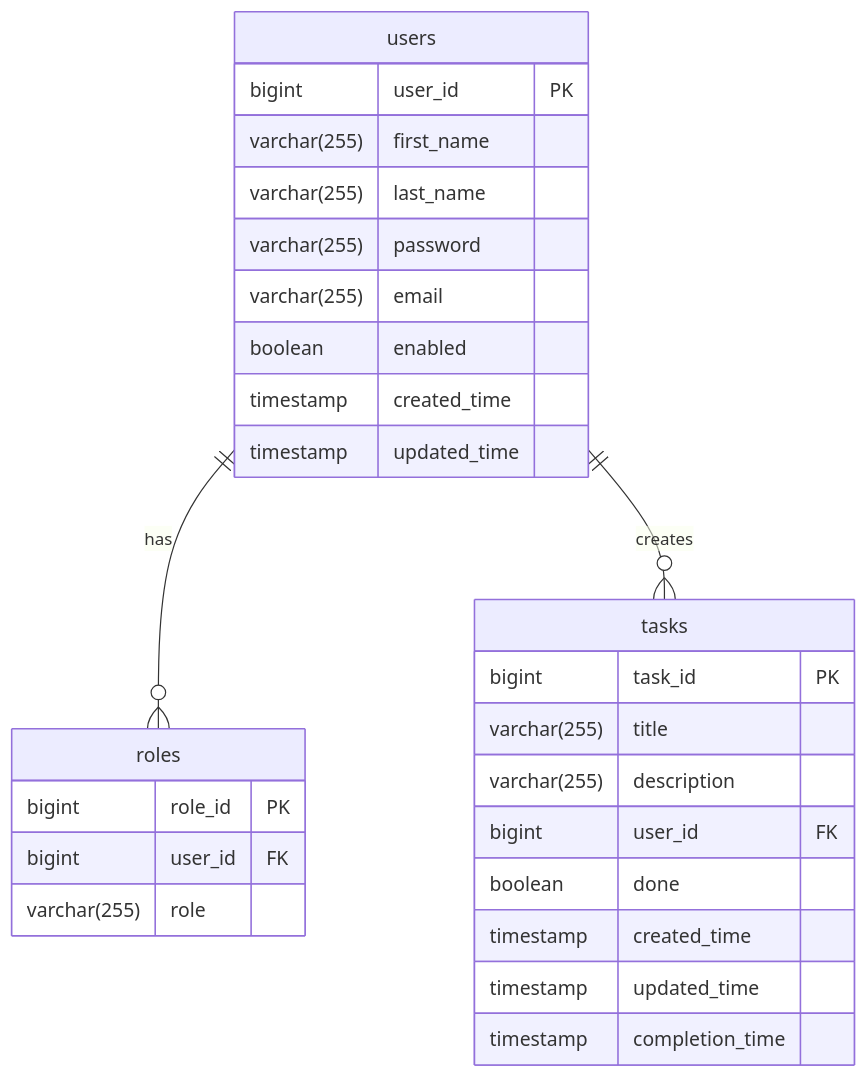
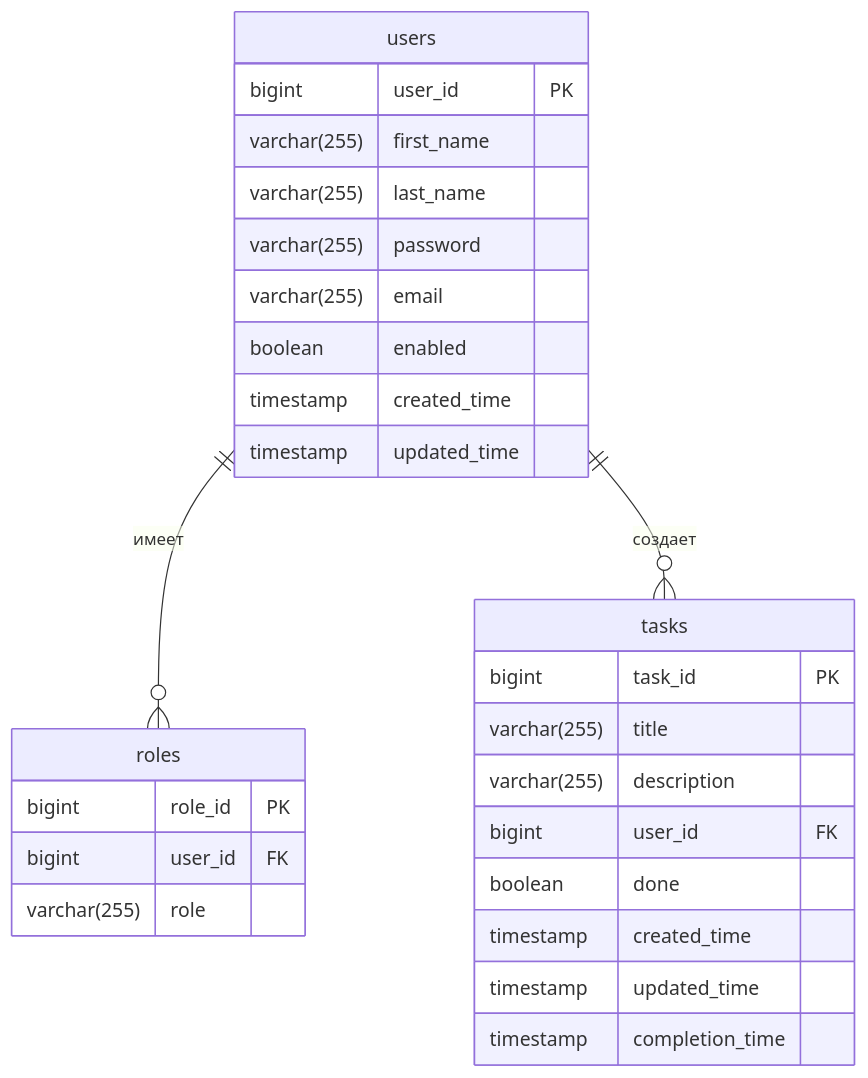
Before and after one commit to LoucterSo/multi-user-task-scheduler: the diagram in README_RU.md, drawn with Mermaid.

````diff
--- a/README_RU.md
+++ b/README_RU.md
@@ -41,33 +41,33 @@
 ```mermaid
 erDiagram
-    users ||--o{ roles : "has"
-    users ||--o{ tasks : "creates"
+    users ||--o{ roles : "имеет"
+    users ||--o{ tasks : "создает"
     
     users {
         bigint user_id PK
         varchar(255) first_name
         varchar(255) last_name
         varchar(255) password
         varchar(255) email
         boolean enabled
         timestamp created_time
         timestamp updated_time
     }
     
     roles {
         bigint role_id PK
         bigint user_id FK
         varchar(255) role
     }
     
     tasks {
         bigint task_id PK
         varchar(255) title
         varchar(255) description
         bigint user_id FK
         boolean done
         timestamp created_time
         timestamp updated_time
         timestamp completion_time
     }
 ```
````
